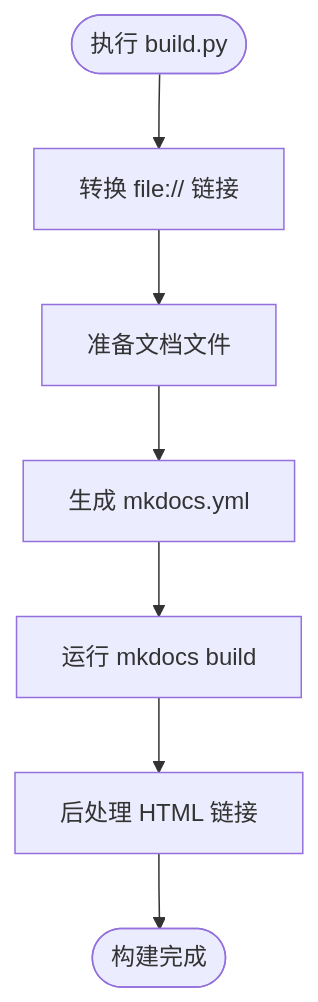
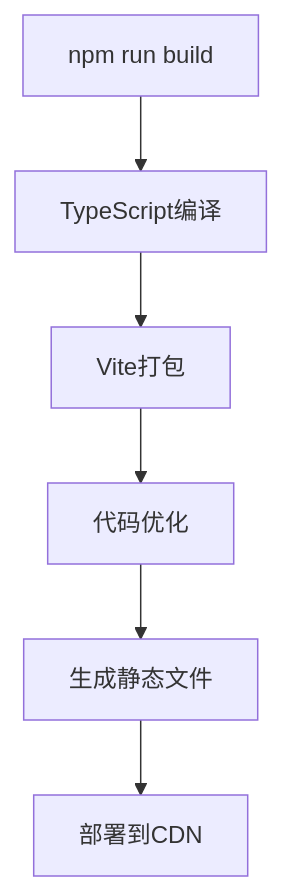
Before and after one commit to jiashaoying/quant-ai: the seventh of 7 diagrams in wiki-site/docs/系统架构/前端架构设计.md, drawn with Mermaid. The commit also changed other lines of this file and 150 other files, not shown here.

````diff
--- a/wiki-site/docs/系统架构/前端架构设计.md
+++ b/wiki-site/docs/系统架构/前端架构设计.md
@@ -122,9 +304,8 @@
 ```mermaid
 flowchart TD
-Start(["执行 build.py"]) --> Links["转换 file:// 链接"]
-Links --> Prepare["准备文档文件"]
-Prepare --> Config["生成 mkdocs.yml"]
-Config --> Build["运行 mkdocs build"]
-Build --> PostProcess["后处理 HTML 链接"]
-PostProcess --> End(["构建完成"])
+A["npm run build"] --> B["TypeScript编译"]
+B --> C["Vite打包"]
+C --> D["代码优化"]
+D --> E["生成静态文件"]
+E --> F["部署到CDN"]
 ```
````
